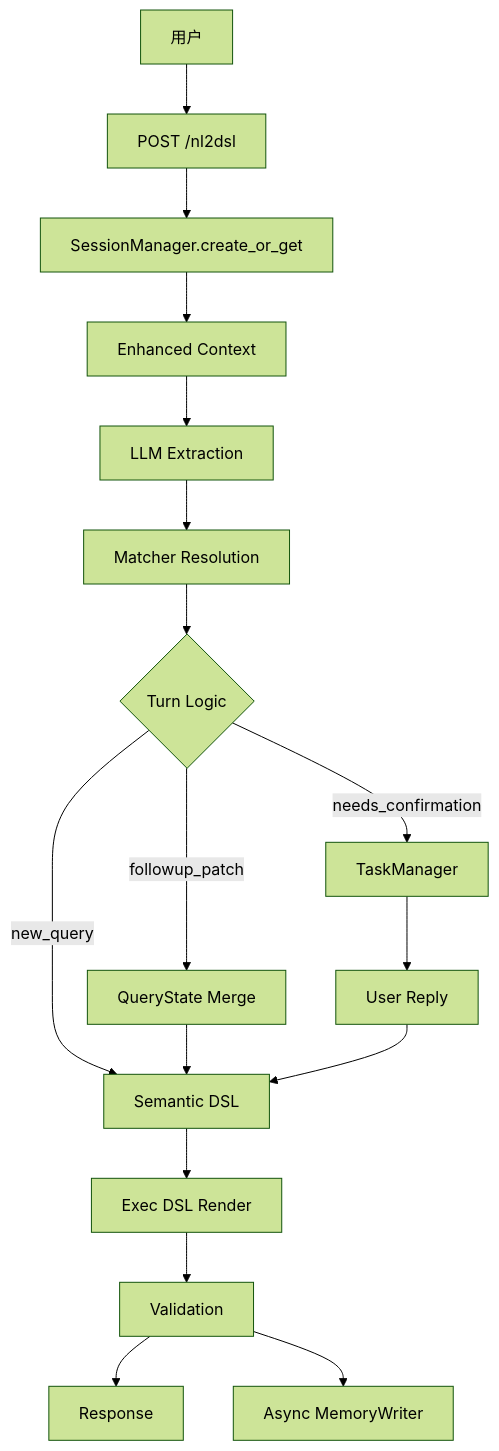
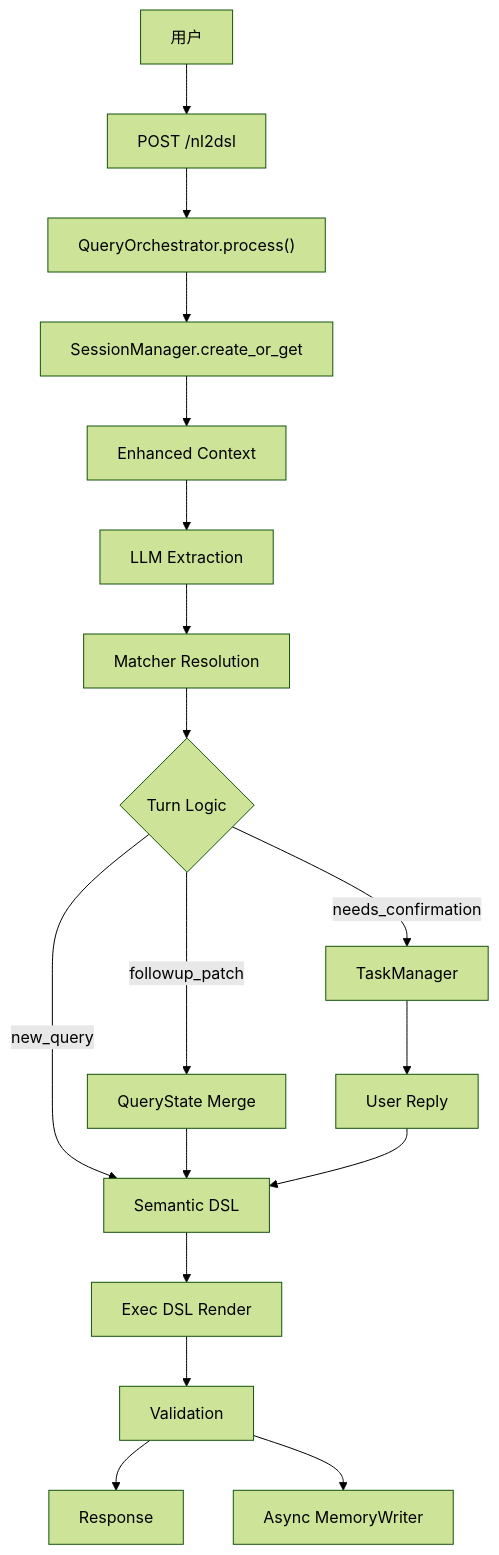
One commit to frankzh0330/query-agent changed the first of 4 diagrams in ARCHITECTURE.zh-CN.md. Above: the diagram before and after it, drawn with Mermaid (forest theme). The commit also changed other lines of this file and 14 other files, not shown here.

````diff
--- a/ARCHITECTURE.zh-CN.md
+++ b/ARCHITECTURE.zh-CN.md
@@ -69,19 +70,20 @@
 ```mermaid
 flowchart TD
     U["用户"] --> API["POST /nl2dsl"]
-    API --> S["SessionManager.create_or_get"]
+    API --> ORC["QueryOrchestrator.process()"]
+    ORC --> S["SessionManager.create_or_get"]
     S --> C["Enhanced Context"]
     C --> L1["LLM Extraction"]
     L1 --> L2["Matcher Resolution"]
     L2 --> T{"Turn Logic"}
     T -->|new_query| D1["Semantic DSL"]
     T -->|followup_patch| M["QueryState Merge"]
     M --> D1
     T -->|needs_confirmation| K["TaskManager"]
     K --> R["User Reply"]
     R --> D1
     D1 --> D2["Exec DSL Render"]
     D2 --> V["Validation"]
     V --> O["Response"]
     V --> ML["Async MemoryWriter"]
 ```
````
